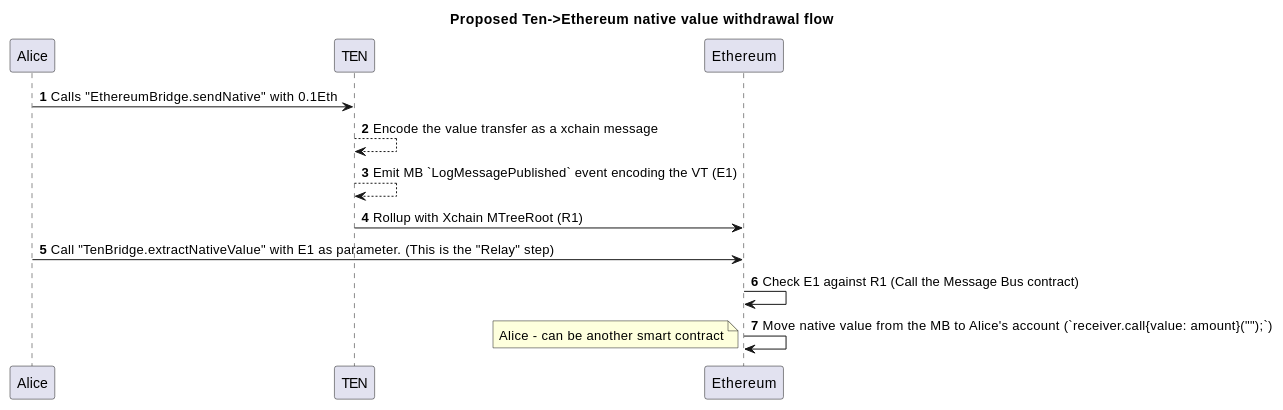
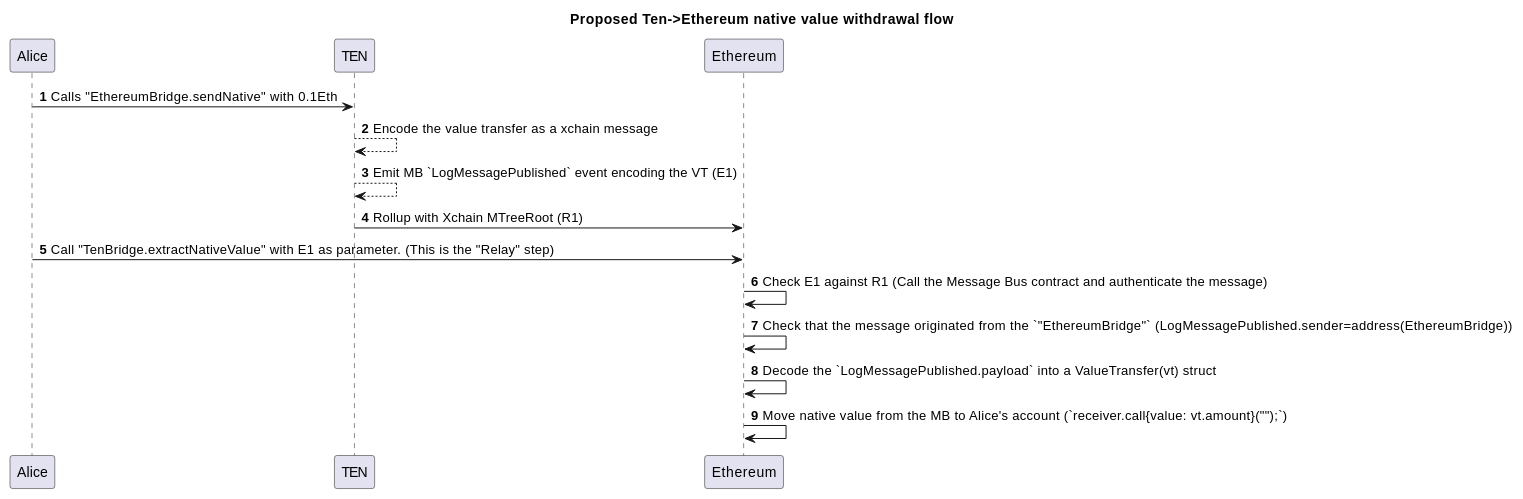
The second of 2 diagrams in contracts/separate_value_bridge.md (ten-protocol/go-ten), drawn with PlantUML before and after one commit. The commit also changed other lines of this file, not shown here.

Commit message:
Proposal native bridge

````diff
--- a/contracts/separate_value_bridge.md
+++ b/contracts/separate_value_bridge.md
@@ -78,21 +78,21 @@
 ```plantuml
 @startuml
 'https://plantuml.com/sequence-diagram
 
 title Proposed Ten->Ethereum native value withdrawal flow
 autonumber
 
 Alice -> TEN: Calls "EthereumBridge.sendNative" with 0.1Eth
 TEN --> TEN: Encode the value transfer as a xchain message
 TEN --> TEN: Emit MB `LogMessagePublished` event encoding the VT (E1)
 
 TEN -> Ethereum: Rollup with Xchain MTreeRoot (R1)
 
 Alice -> Ethereum: Call "TenBridge.extractNativeValue" with E1 as parameter. (This is the "Relay" step)
-Ethereum -> Ethereum: Check E1 against R1 (Call the Message Bus contract)
-Ethereum -> Ethereum: Move native value from the MB to Alice's account (`receiver.call{value: amount}("");`)
-note bottom
-Alice - can be another smart contract
-end note
+Ethereum -> Ethereum: Check E1 against R1 (Call the Message Bus contract and authenticate the message)
+Ethereum -> Ethereum: Check that the message originated from the `"EthereumBridge"` (LogMessagePublished.sender=address(EthereumBridge))
+Ethereum -> Ethereum: Decode the `LogMessagePublished.payload` into a ValueTransfer(vt) struct
+Ethereum -> Ethereum: Move native value from the MB to Alice's account (`receiver.call{value: vt.amount}("");`)
+
 @enduml
 ```
````
